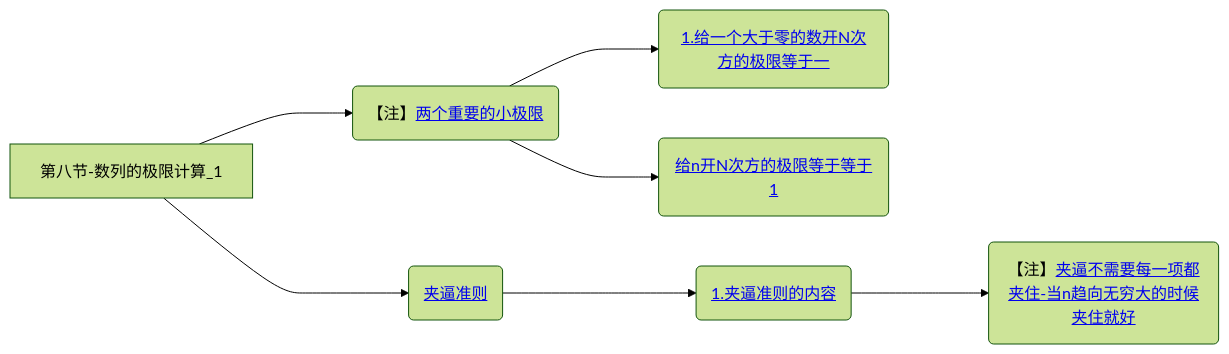
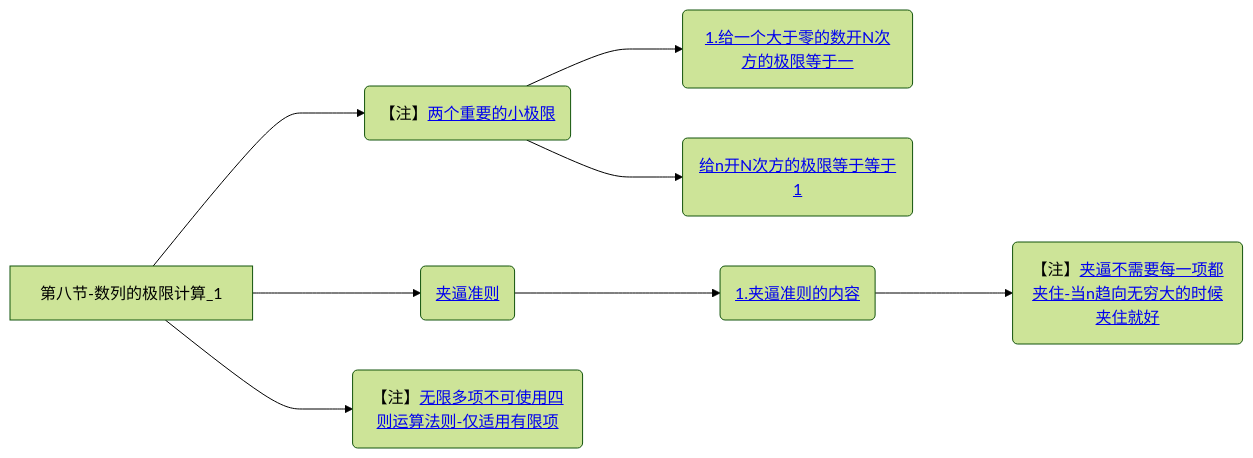
One commit to yuebinghui/note changed the eighth of 8 diagrams in 笔记/数学/周洋鑫/01.基础班思维导图.md. Above: the diagram before and after it, drawn with Mermaid (forest theme). The commit also changed 9 other files, not shown here.

````diff
--- a/笔记/数学/周洋鑫/01.基础班思维导图.md
+++ b/笔记/数学/周洋鑫/01.基础班思维导图.md
@@ -311,12 +311,14 @@
 ```mermaid
 graph LR
 第八节-数列的极限计算_1
 
 第八节-数列的极限计算_1--->两个重要的小极限(【注】<a href="/Users/yuebinghui/Documents/program/github/note/笔记/数学/周洋鑫/基础班/08.数列的极限计算_1.md#两个重要的小极限">两个重要的小极限</>)
 两个重要的小极限--->1.给一个大于零的数开N次方的极限等于一(<a href="/Users/yuebinghui/Documents/program/github/note/笔记/数学/周洋鑫/基础班/08.数列的极限计算_1.md#1.给一个大于零的数开N次方的极限等于一">1.给一个大于零的数开N次方的极限等于一</>)
 两个重要的小极限--->给n开N次方的极限等于等于1(<a href="/Users/yuebinghui/Documents/program/github/note/笔记/数学/周洋鑫/基础班/08.数列的极限计算_1.md#给n开N次方的极限等于等于1">给n开N次方的极限等于等于1</>)
 
 第八节-数列的极限计算_1--->夹逼准则(<a href="/Users/yuebinghui/Documents/program/github/note/笔记/数学/周洋鑫/基础班/08.数列的极限计算_1.md#夹逼准则">夹逼准则</>)
 夹逼准则--->1.夹逼准则的内容(<a href="/Users/yuebinghui/Documents/program/github/note/笔记/数学/周洋鑫/基础班/08.数列的极限计算_1.md#1.夹逼准则的内容">1.夹逼准则的内容</>)
 1.夹逼准则的内容--->夹逼不需要每一项都夹住-当n趋向无穷大的时候夹住就好(【注】<a href="/Users/yuebinghui/Documents/program/github/note/笔记/数学/周洋鑫/基础班/08.数列的极限计算_1.md#夹逼不需要每一项都夹住-当n趋向无穷大的时候夹住就好">夹逼不需要每一项都夹住-当n趋向无穷大的时候夹住就好</>)
+
+第八节-数列的极限计算_1--->无限多项不可使用四则运算法则-仅适用有限项(【注】<a href="/Users/yuebinghui/Documents/program/github/note/笔记/数学/周洋鑫/基础班/08.数列的极限计算_1.md#无限多项不可使用四则运算法则-仅适用有限项">无限多项不可使用四则运算法则-仅适用有限项</>)
 ```
````
